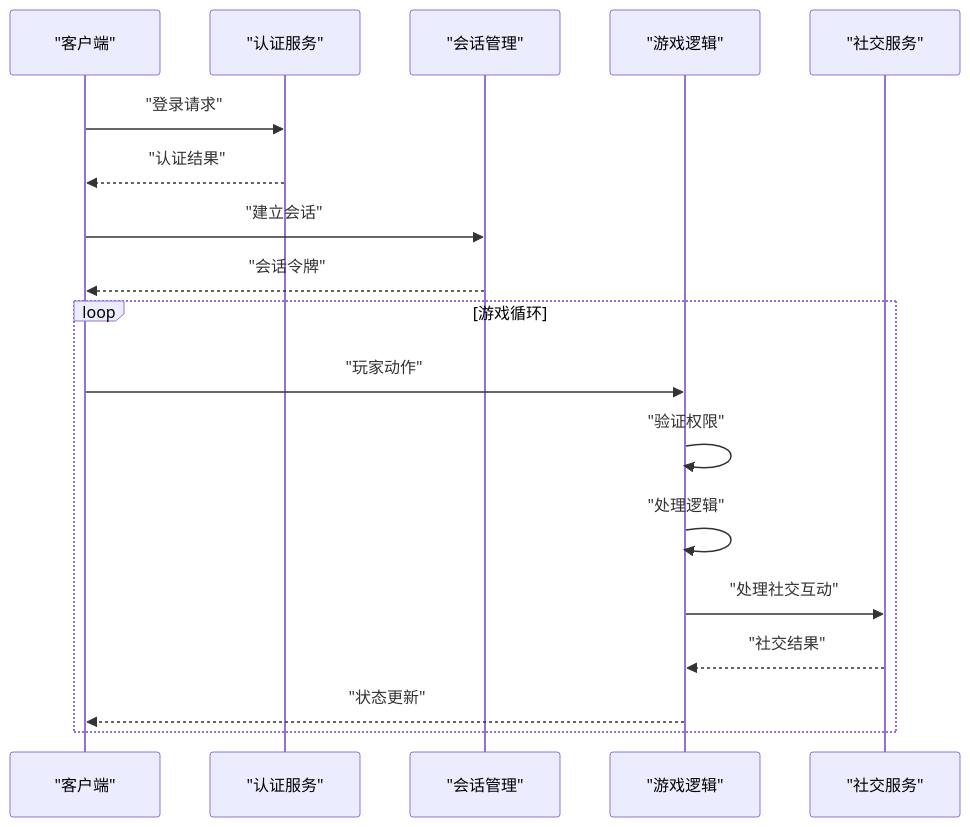
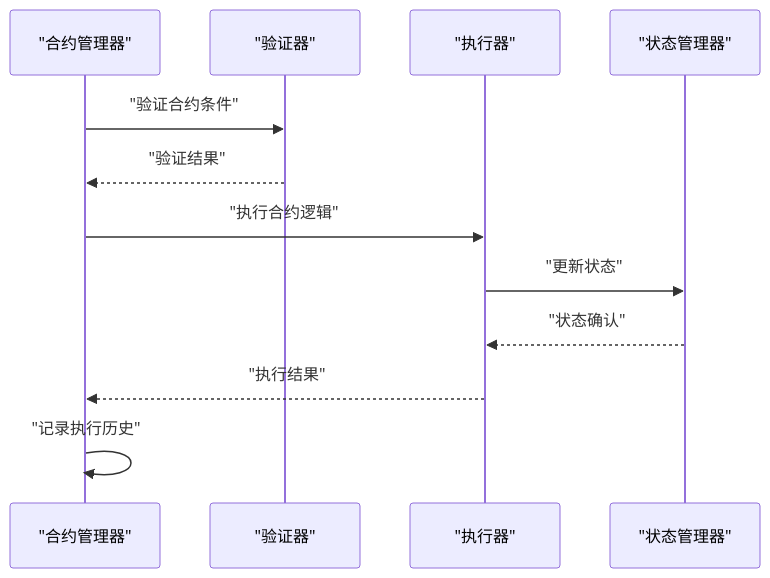
The seventh of 9 diagrams in .qoder/repowiki/zh/content/运行时系统/公共生存模式.md (Ivandanslespace/thegreatnovel), drawn with Mermaid before and after one commit. The commit also changed other lines of this file and 100 other files, not shown here.

````diff
--- a/.qoder/repowiki/zh/content/运行时系统/公共生存模式.md
+++ b/.qoder/repowiki/zh/content/运行时系统/公共生存模式.md
@@ -539,20 +377,14 @@
 ```mermaid
 sequenceDiagram
-participant Client as "客户端"
-participant Auth as "认证服务"
-participant Session as "会话管理"
-participant Game as "游戏逻辑"
-participant Social as "社交服务"
-Client->>Auth : "登录请求"
-Auth-->>Client : "认证结果"
-Client->>Session : "建立会话"
-Session-->>Client : "会话令牌"
-loop 游戏循环
-Client->>Game : "玩家动作"
-Game->>Game : "验证权限"
-Game->>Game : "处理逻辑"
-Game->>Social : "处理社交互动"
-Social-->>Game : "社交结果"
-Game-->>Client : "状态更新"
-end
+participant Contract as "合约管理器"
+participant Validator as "验证器"
+participant Executor as "执行器"
+participant State as "状态管理器"
+Contract->>Validator : "验证合约条件"
+Validator-->>Contract : "验证结果"
+Contract->>Executor : "执行合约逻辑"
+Executor->>State : "更新状态"
+State-->>Executor : "状态确认"
+Executor-->>Contract : "执行结果"
+Contract->>Contract : "记录执行历史"
 ```
````
